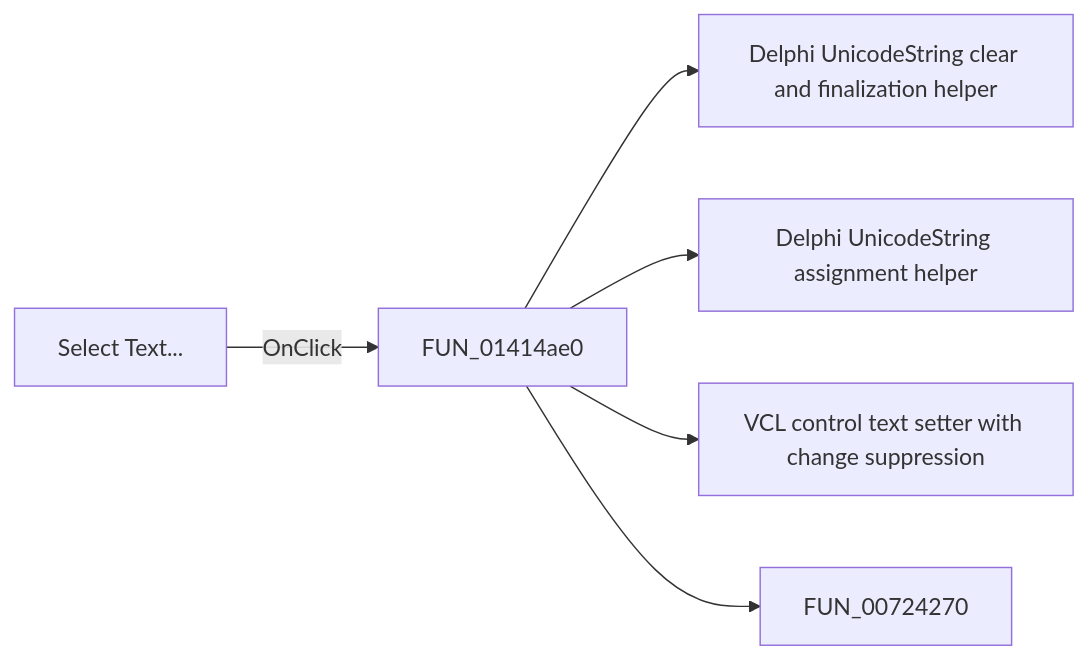
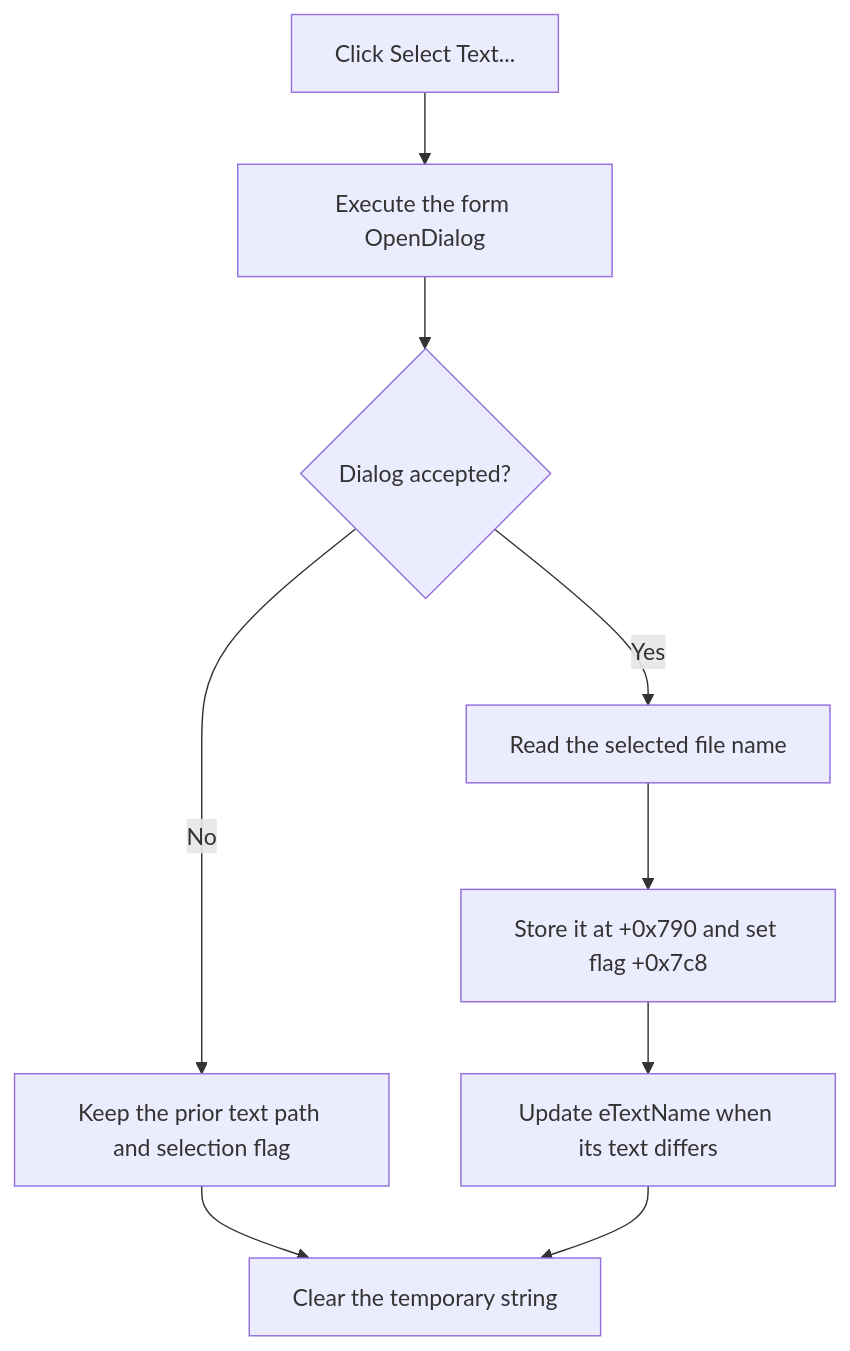
One commit to MovGP0/TIARA changed the diagram in docs/ui-controls/mcukernelimageproperties/bselecttext-f8f8bef9b7.md. Above: the diagram before and after it, drawn with Mermaid. The commit also changed other lines of this file and 1062 other files, not shown here.

````diff
--- a/docs/ui-controls/mcukernelimageproperties/bselecttext-f8f8bef9b7.md
+++ b/docs/ui-controls/mcukernelimageproperties/bselecttext-f8f8bef9b7.md
@@ -27,8 +29,11 @@
 ```mermaid
-flowchart LR
-    control["Select Text..."] -->|OnClick| handler["FUN_01414ae0"]
-    handler --> call1["Delphi UnicodeString clear and finalization helper"]
-    handler --> call2["Delphi UnicodeString assignment helper"]
-    handler --> call3["VCL control text setter with change suppression"]
-    handler --> call4["FUN_00724270"]
+flowchart TD
+    click["Click Select Text..."] --> execute["Execute the form OpenDialog"]
+    execute --> accepted{"Dialog accepted?"}
+    accepted -->|No| noChange["Keep the prior text path and selection flag"]
+    accepted -->|Yes| read["Read the selected file name"]
+    read --> store["Store it at +0x790 and set flag +0x7c8"]
+    store --> display["Update eTextName when its text differs"]
+    noChange --> cleanup["Clear the temporary string"]
+    display --> cleanup
 ```
````
